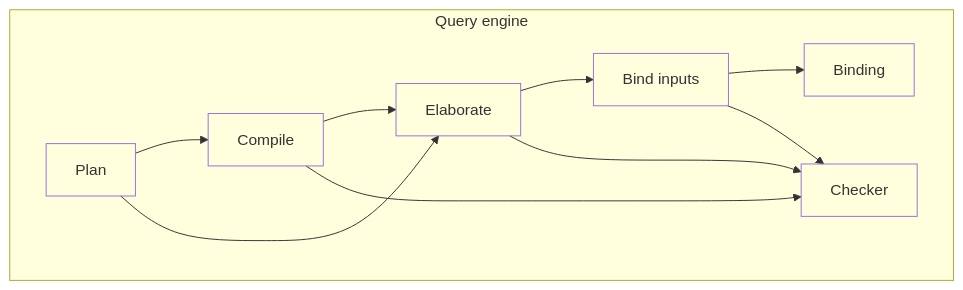
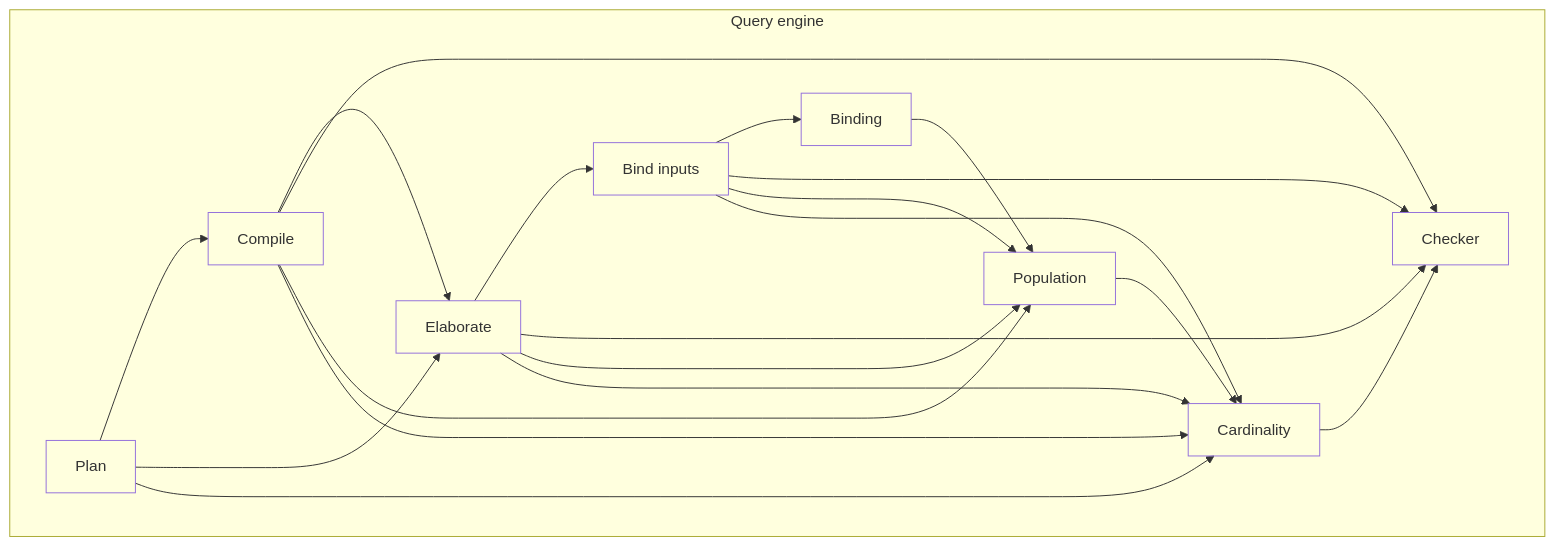
One commit to MotleyAI/slayer changed the second of 2 diagrams in architecture/python.engine.arc42.md. Above: the diagram before and after it, drawn with Mermaid. The commit also changed other lines of this file and 6 other files, not shown here.

Commit message:
DEV-2182: regenerate arc42 diagrams for the carved nodes

````diff
--- a/architecture/python.engine.arc42.md
+++ b/architecture/python.engine.arc42.md
@@ -82,22 +94,34 @@
 ```mermaid
 flowchart TD
   %% engine_focus: Engine seam
   subgraph engine["Query engine"]
     engine__binding["Binding"]
     engine__bind_inputs["Bind inputs"]
     engine__elaborate_env["Checker"]
     engine__elaborate["Elaborate"]
     engine__compile["Compile"]
     engine__plan["Plan"]
+    engine__population["Population"]
+    engine__cardinality["Cardinality"]
   end
   engine__bind_inputs --> engine__binding
   engine__bind_inputs --> engine__elaborate_env
   engine__compile --> engine__elaborate
   engine__compile --> engine__elaborate_env
   engine__elaborate --> engine__bind_inputs
   engine__elaborate --> engine__elaborate_env
   engine__plan --> engine__compile
   engine__plan --> engine__elaborate
+  engine__binding --> engine__population
+  engine__bind_inputs --> engine__population
+  engine__bind_inputs --> engine__cardinality
+  engine__elaborate --> engine__population
+  engine__elaborate --> engine__cardinality
+  engine__compile --> engine__population
+  engine__compile --> engine__cardinality
+  engine__plan --> engine__cardinality
+  engine__population --> engine__cardinality
+  engine__cardinality --> engine__elaborate_env
   classDef leaf fill:none;
-  class engine__binding,engine__bind_inputs,engine__elaborate_env,engine__elaborate,engine__compile,engine__plan leaf;
+  class engine__binding,engine__bind_inputs,engine__elaborate_env,engine__elaborate,engine__compile,engine__plan,engine__population,engine__cardinality leaf;
 ```
````
